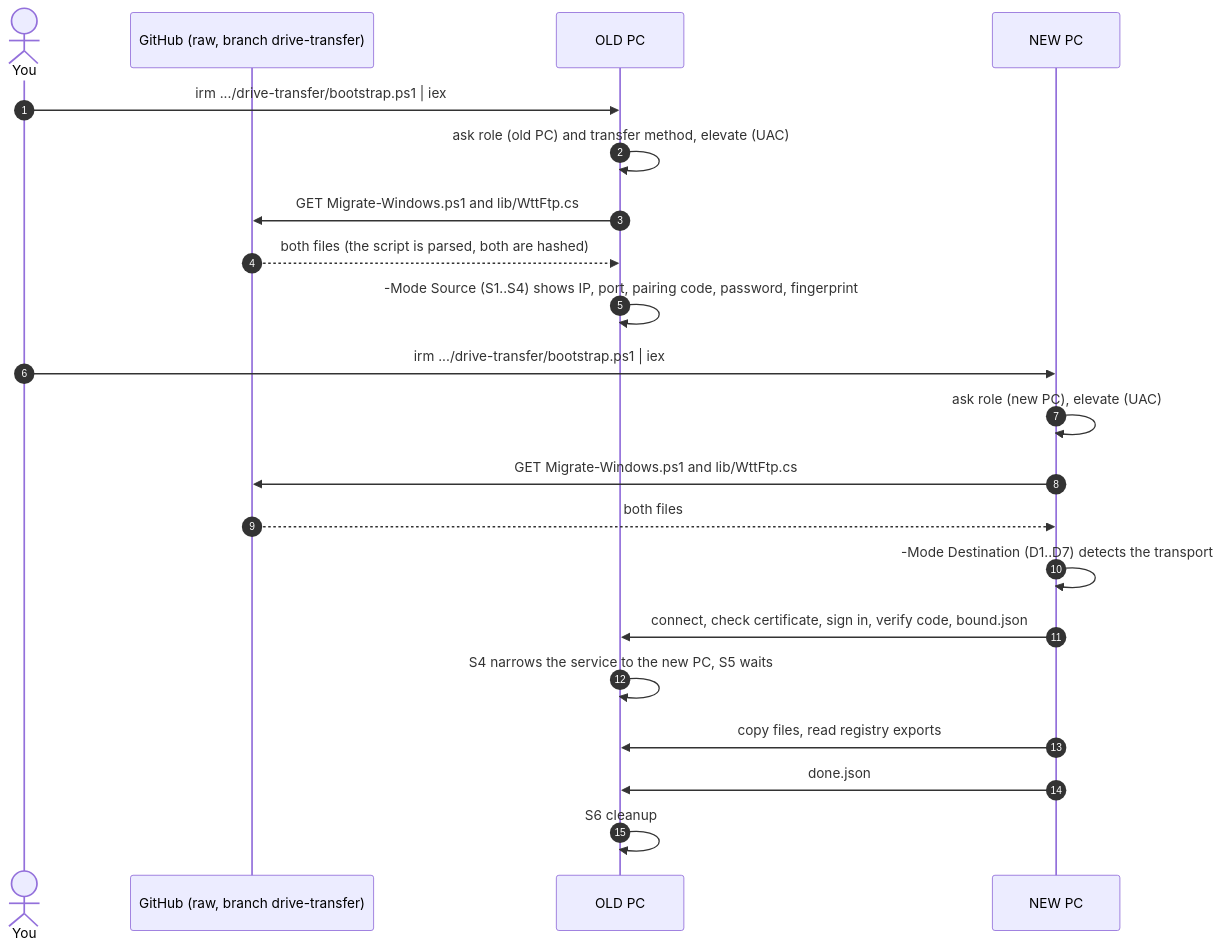
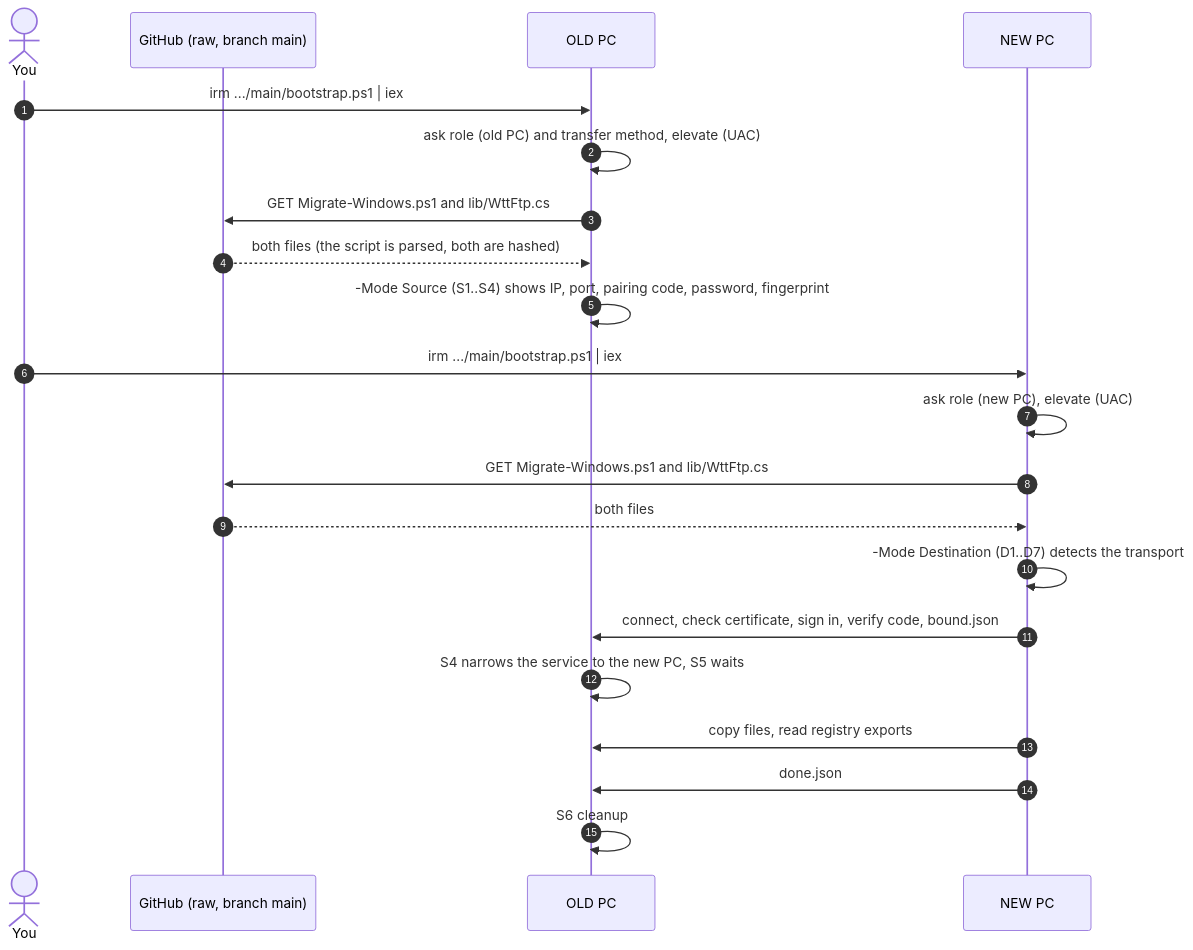
The first of 9 diagrams in docs/process.md (SheepasTech/windows-transfer-tool), drawn with Mermaid before and after one commit. The commit also changed 2 other files, not shown here.

Commit message:
Ask for transport and dry run in bootstrap; point everything at main

````diff
--- a/docs/process.md
+++ b/docs/process.md
@@ -19,24 +19,24 @@
 ```mermaid
 sequenceDiagram
     autonumber
     actor U as You
-    participant G as GitHub (raw, branch drive-transfer)
+    participant G as GitHub (raw, branch main)
     participant O as OLD PC
     participant N as NEW PC
 
-    U->>O: irm .../drive-transfer/bootstrap.ps1 | iex
+    U->>O: irm .../main/bootstrap.ps1 | iex
     O->>O: ask role (old PC) and transfer method, elevate (UAC)
     O->>G: GET Migrate-Windows.ps1 and lib/WttFtp.cs
     G-->>O: both files (the script is parsed, both are hashed)
     O->>O: -Mode Source  (S1..S4) shows IP, port, pairing code, password, fingerprint
-    U->>N: irm .../drive-transfer/bootstrap.ps1 | iex
+    U->>N: irm .../main/bootstrap.ps1 | iex
     N->>N: ask role (new PC), elevate (UAC)
     N->>G: GET Migrate-Windows.ps1 and lib/WttFtp.cs
     G-->>N: both files
     N->>N: -Mode Destination (D1..D7) detects the transport
     N->>O: connect, check certificate, sign in, verify code, bound.json
     O->>O: S4 narrows the service to the new PC, S5 waits
     N->>O: copy files, read registry exports
     N->>O: done.json
     O->>O: S6 cleanup
 ```
````
